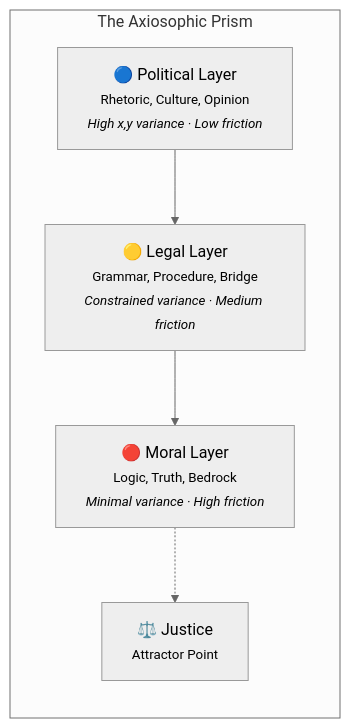
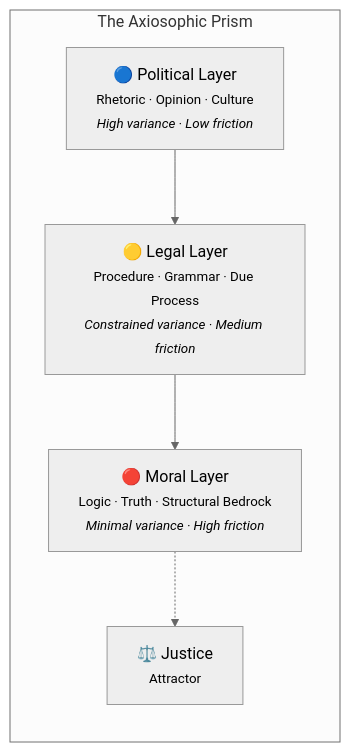
The second of 2 diagrams in content/blog/axiosophism.md (nrdxp/nrd.sh), drawn with Mermaid (neutral theme) before and after one commit. The commit also changed other lines of this file, not shown here.

````diff
--- a/content/blog/axiosophism.md
+++ b/content/blog/axiosophism.md
@@ -144,11 +193,11 @@
 ```mermaid
 graph TD
     subgraph "The Axiosophic Prism"
         direction TB
-        P1["🔵 Political Layer<br/><small>Rhetoric, Culture, Opinion</small><br/><small><i>High x,y variance · Low friction</i></small>"]
-        P2["🟡 Legal Layer<br/><small>Grammar, Procedure, Bridge</small><br/><small><i>Constrained variance · Medium friction</i></small>"]
-        P3["🔴 Moral Layer<br/><small>Logic, Truth, Bedrock</small><br/><small><i>Minimal variance · High friction</i></small>"]
+        P1["🔵 Political Layer<br/><small>Rhetoric · Opinion · Culture</small><br/><small><i>High variance · Low friction</i></small>"]
+        P2["🟡 Legal Layer<br/><small>Procedure · Grammar · Due Process</small><br/><small><i>Constrained variance · Medium friction</i></small>"]
+        P3["🔴 Moral Layer<br/><small>Logic · Truth · Structural Bedrock</small><br/><small><i>Minimal variance · High friction</i></small>"]
         P1 --> P2 --> P3
-        P3 -.-> A["⚖️ Justice<br/><small>Attractor Point</small>"]
+        P3 -.-> A["⚖️ Justice<br/><small>Attractor</small>"]
     end
 ```
````
